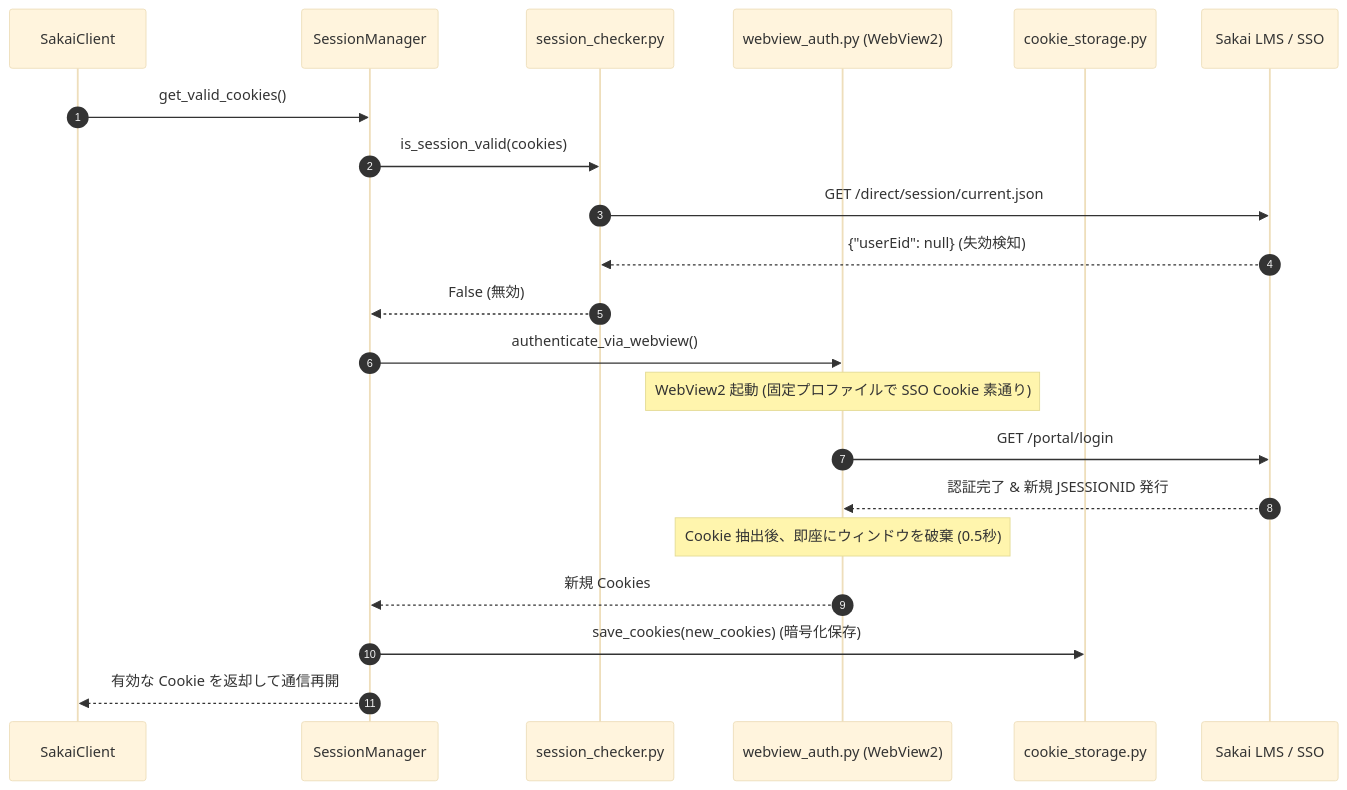
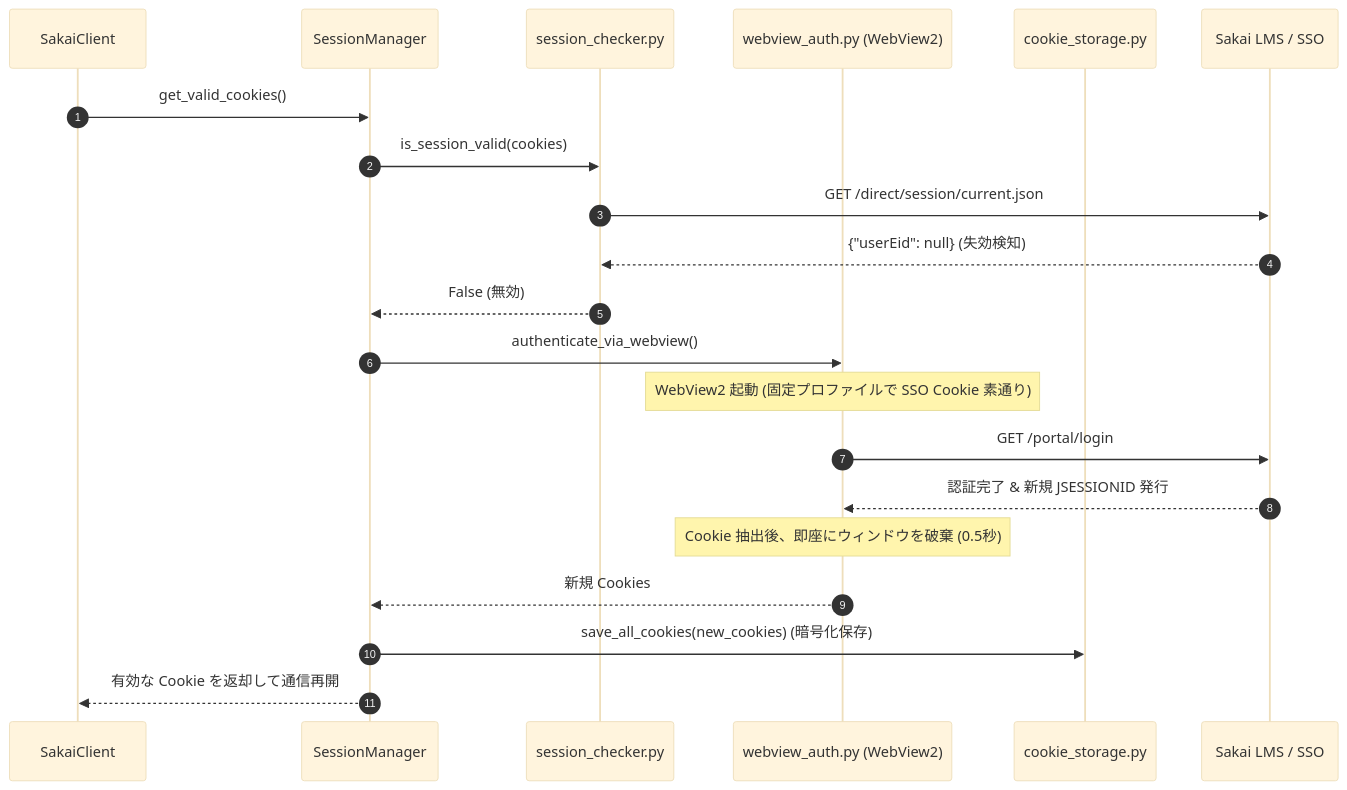
Before and after one commit to project-sakai-mcp/sakai-tasks-mcp: the third of 11 diagrams in docs/architecture.md, drawn with Mermaid (base theme). The commit also changed other lines of this file, not shown here.

Commit message:
update architecture

````diff
--- a/docs/architecture.md
+++ b/docs/architecture.md
@@ -151,25 +151,25 @@
 ```mermaid
 sequenceDiagram
     autonumber
     participant Client as SakaiClient
     participant Auth as SessionManager
     participant Checker as session_checker.py
     participant Webview as webview_auth.py (WebView2)
     participant Storage as cookie_storage.py
     participant Sakai as Sakai LMS / SSO
 
     Client->>Auth: get_valid_cookies()
     Auth->>Checker: is_session_valid(cookies)
     Checker->>Sakai: GET /direct/session/current.json
     Sakai-->>Checker: {"userEid": null} (失効検知)
     Checker-->>Auth: False (無効)
     
     Auth->>Webview: authenticate_via_webview()
     Note over Webview: WebView2 起動 (固定プロファイルで SSO Cookie 素通り)
     Webview->>Sakai: GET /portal/login
     Sakai-->>Webview: 認証完了 & 新規 JSESSIONID 発行
     Note over Webview: Cookie 抽出後、即座にウィンドウを破棄 (0.5秒)
     Webview-->>Auth: 新規 Cookies
-    Auth->>Storage: save_cookies(new_cookies) (暗号化保存)
+    Auth->>Storage: save_all_cookies(new_cookies) (暗号化保存)
     Auth-->>Client: 有効な Cookie を返却して通信再開
 ```
````
